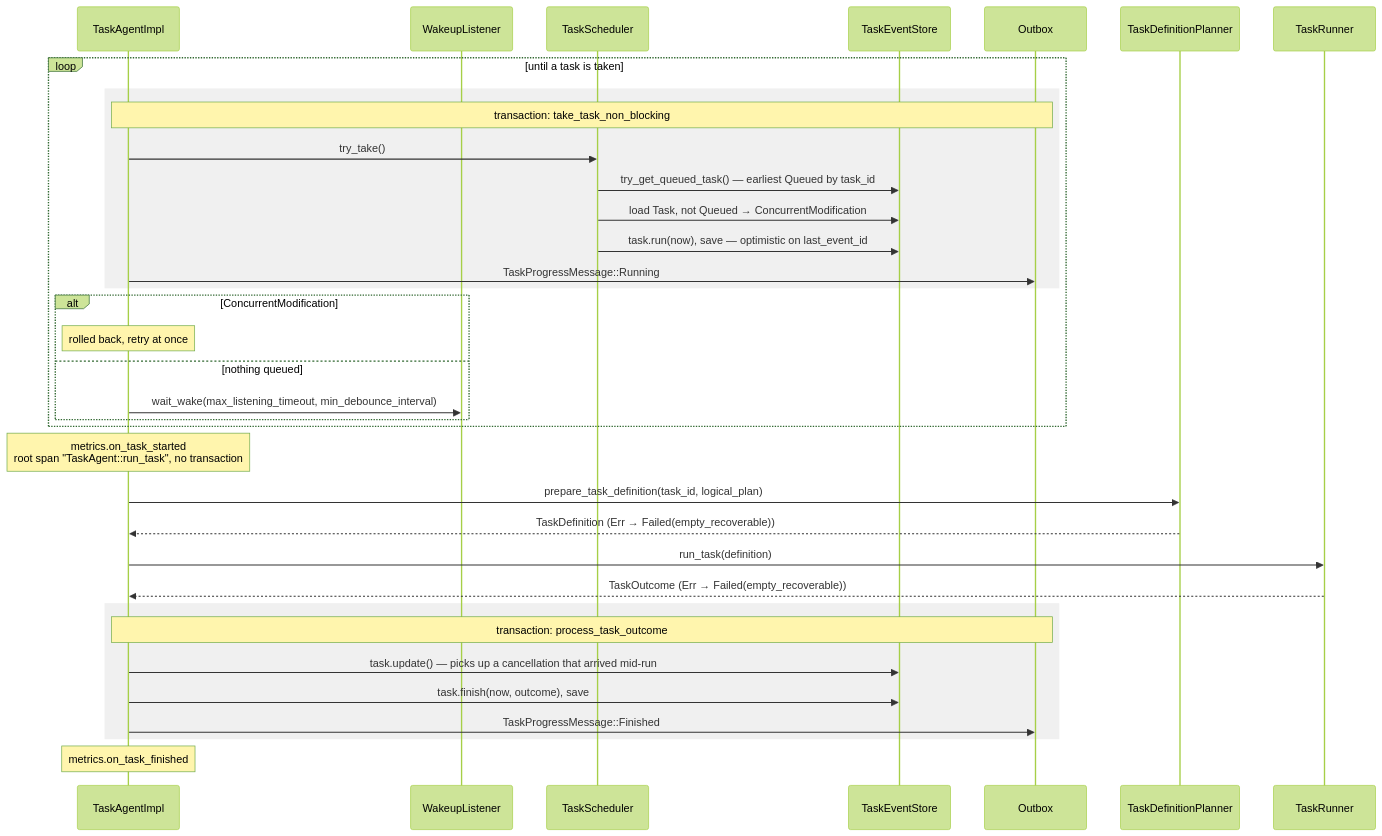
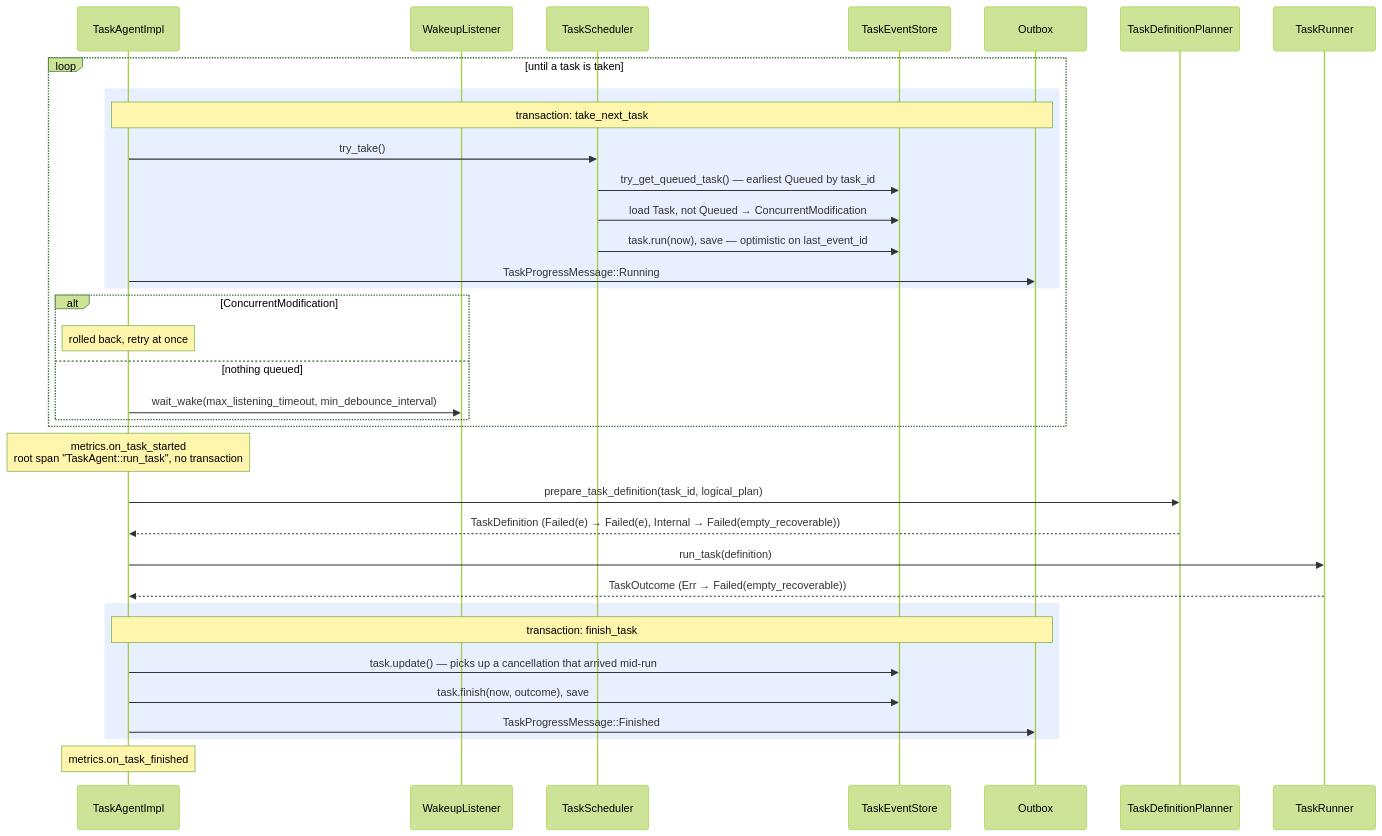
One commit to kamu-data/kamu-cli changed the third of 4 diagrams in docs/internal/task-system.md. Above: the diagram before and after it, drawn with Mermaid (forest theme). The commit also changed other lines of this file and 804 other files, not shown here.

````diff
--- a/docs/internal/task-system.md
+++ b/docs/internal/task-system.md
@@ -247,40 +227,40 @@
 ```mermaid
 sequenceDiagram
     participant A as TaskAgentImpl
     participant W as WakeupListener
     participant S as TaskScheduler
     participant ES as TaskEventStore
     participant O as Outbox
     participant P as TaskDefinitionPlanner
     participant R as TaskRunner
 
     loop until a task is taken
-        rect rgba(128, 128, 128, 0.12)
-            note over A,O: transaction: take_task_non_blocking
+        rect rgba(100, 150, 255, 0.15)
+            note over A,O: transaction: take_next_task
             A->>S: try_take()
             S->>ES: try_get_queued_task() — earliest Queued by task_id
             S->>ES: load Task, not Queued → ConcurrentModification
             S->>ES: task.run(now), save — optimistic on last_event_id
             A->>O: TaskProgressMessage::Running
         end
         alt ConcurrentModification
             note over A: rolled back, retry at once
         else nothing queued
             A->>W: wait_wake(max_listening_timeout, min_debounce_interval)
         end
     end
 
     note over A: metrics.on_task_started<br/>root span "TaskAgent::run_task", no transaction
     A->>P: prepare_task_definition(task_id, logical_plan)
-    P-->>A: TaskDefinition (Err → Failed(empty_recoverable))
+    P-->>A: TaskDefinition (Failed(e) → Failed(e), Internal → Failed(empty_recoverable))
     A->>R: run_task(definition)
     R-->>A: TaskOutcome (Err → Failed(empty_recoverable))
 
-    rect rgba(128, 128, 128, 0.12)
-        note over A,O: transaction: process_task_outcome
+    rect rgba(100, 150, 255, 0.15)
+        note over A,O: transaction: finish_task
         A->>ES: task.update() — picks up a cancellation that arrived mid-run
         A->>ES: task.finish(now, outcome), save
         A->>O: TaskProgressMessage::Finished
     end
     note over A: metrics.on_task_finished
 ```
````
